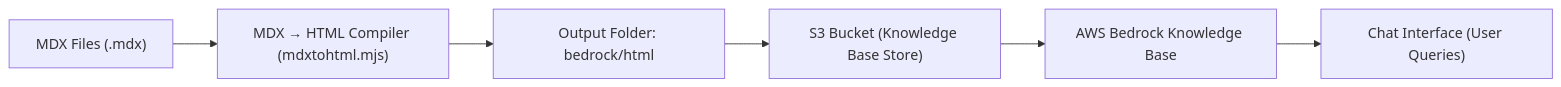
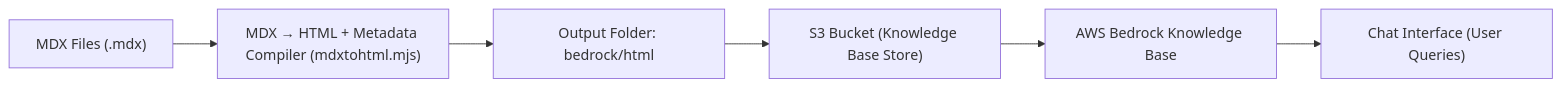
The second of 4 diagrams in src/app/md-pages/projects/personal-portfolio.mdx (PeterSVenton/portfolio), drawn with Mermaid before and after one commit. The commit also changed other lines of this file, not shown here.

````diff
--- a/src/app/md-pages/projects/personal-portfolio.mdx
+++ b/src/app/md-pages/projects/personal-portfolio.mdx
@@ -303,8 +352,8 @@
 ```mermaid
 graph LR
-  A["MDX Files (.mdx)"] --> B["MDX → HTML Compiler (mdxtohtml.mjs)"]
+  A["MDX Files (.mdx)"] --> B["MDX → HTML + Metadata Compiler (mdxtohtml.mjs)"]
   B --> C["Output Folder: bedrock/html"]
   C --> D["S3 Bucket (Knowledge Base Store)"]
   D --> E["AWS Bedrock Knowledge Base"]
   E --> F["Chat Interface (User Queries)"]
 ```
````
